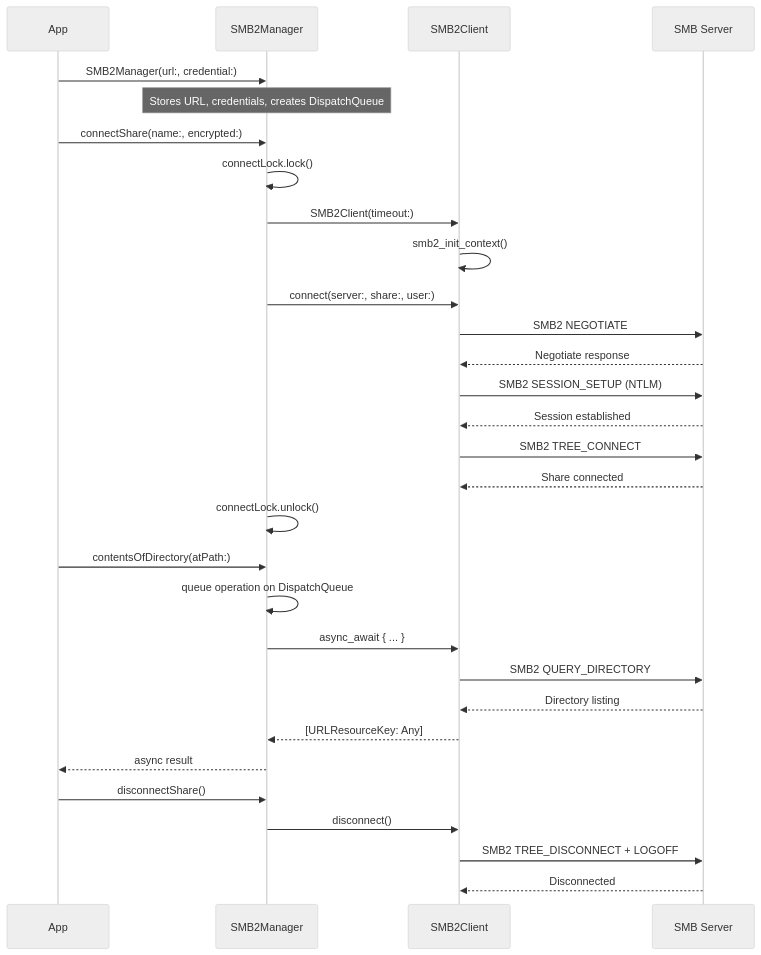
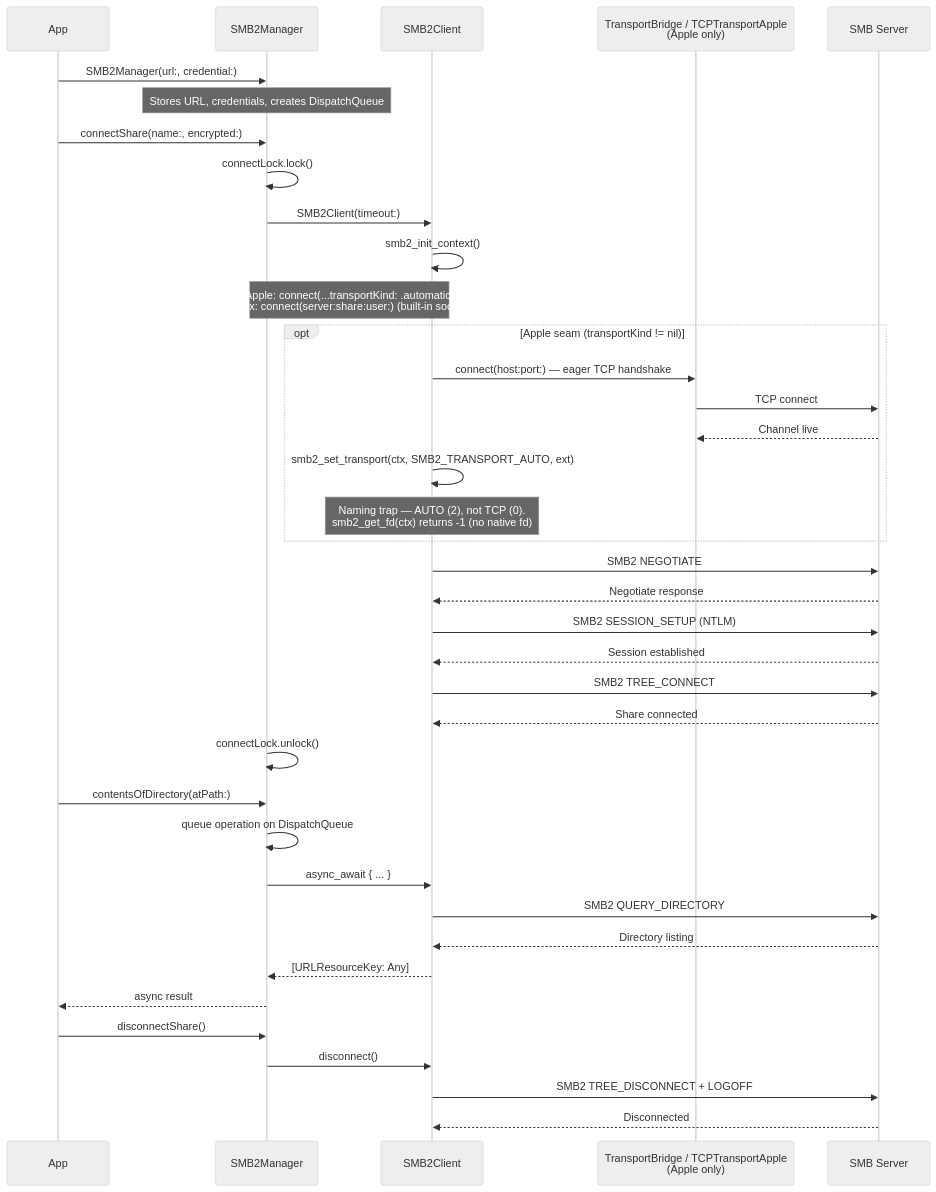
The second of 7 diagrams in docs/ARCHITECTURE.md (simplekube-ro/AMSMB2), drawn with Mermaid (neutral theme) before and after one commit. The commit also changed other lines of this file and 6 other files, not shown here.

````diff
--- a/docs/ARCHITECTURE.md
+++ b/docs/ARCHITECTURE.md
@@ -42,36 +52,44 @@
 ```mermaid
 sequenceDiagram
     participant App
     participant Manager as SMB2Manager
     participant Client as SMB2Client
+    participant Transport as TransportBridge / TCPTransportApple<br/>(Apple only)
     participant Server as SMB Server
 
     App->>Manager: SMB2Manager(url:, credential:)
     Note over Manager: Stores URL, credentials, creates DispatchQueue
 
     App->>Manager: connectShare(name:, encrypted:)
     Manager->>Manager: connectLock.lock()
     Manager->>Client: SMB2Client(timeout:)
     Client->>Client: smb2_init_context()
-    Manager->>Client: connect(server:, share:, user:)
+    Note over Manager,Client: Apple: connect(...transportKind: .automatic)<br/>Linux: connect(server:share:user:) (built-in socket)
+    opt Apple seam (transportKind != nil)
+        Client->>Transport: connect(host:port:) — eager TCP handshake
+        Transport->>Server: TCP connect
+        Server-->>Transport: Channel live
+        Client->>Client: smb2_set_transport(ctx, SMB2_TRANSPORT_AUTO, ext)
+        Note over Client: Naming trap — AUTO (2), not TCP (0).<br/>smb2_get_fd(ctx) returns -1 (no native fd)
+    end
     Client->>Server: SMB2 NEGOTIATE
     Server-->>Client: Negotiate response
     Client->>Server: SMB2 SESSION_SETUP (NTLM)
     Server-->>Client: Session established
     Client->>Server: SMB2 TREE_CONNECT
     Server-->>Client: Share connected
     Manager->>Manager: connectLock.unlock()
 
     App->>Manager: contentsOfDirectory(atPath:)
     Manager->>Manager: queue operation on DispatchQueue
     Manager->>Client: async_await { ... }
     Client->>Server: SMB2 QUERY_DIRECTORY
     Server-->>Client: Directory listing
     Client-->>Manager: [URLResourceKey: Any]
     Manager-->>App: async result
 
     App->>Manager: disconnectShare()
     Manager->>Client: disconnect()
     Client->>Server: SMB2 TREE_DISCONNECT + LOGOFF
     Server-->>Client: Disconnected
 ```
````
